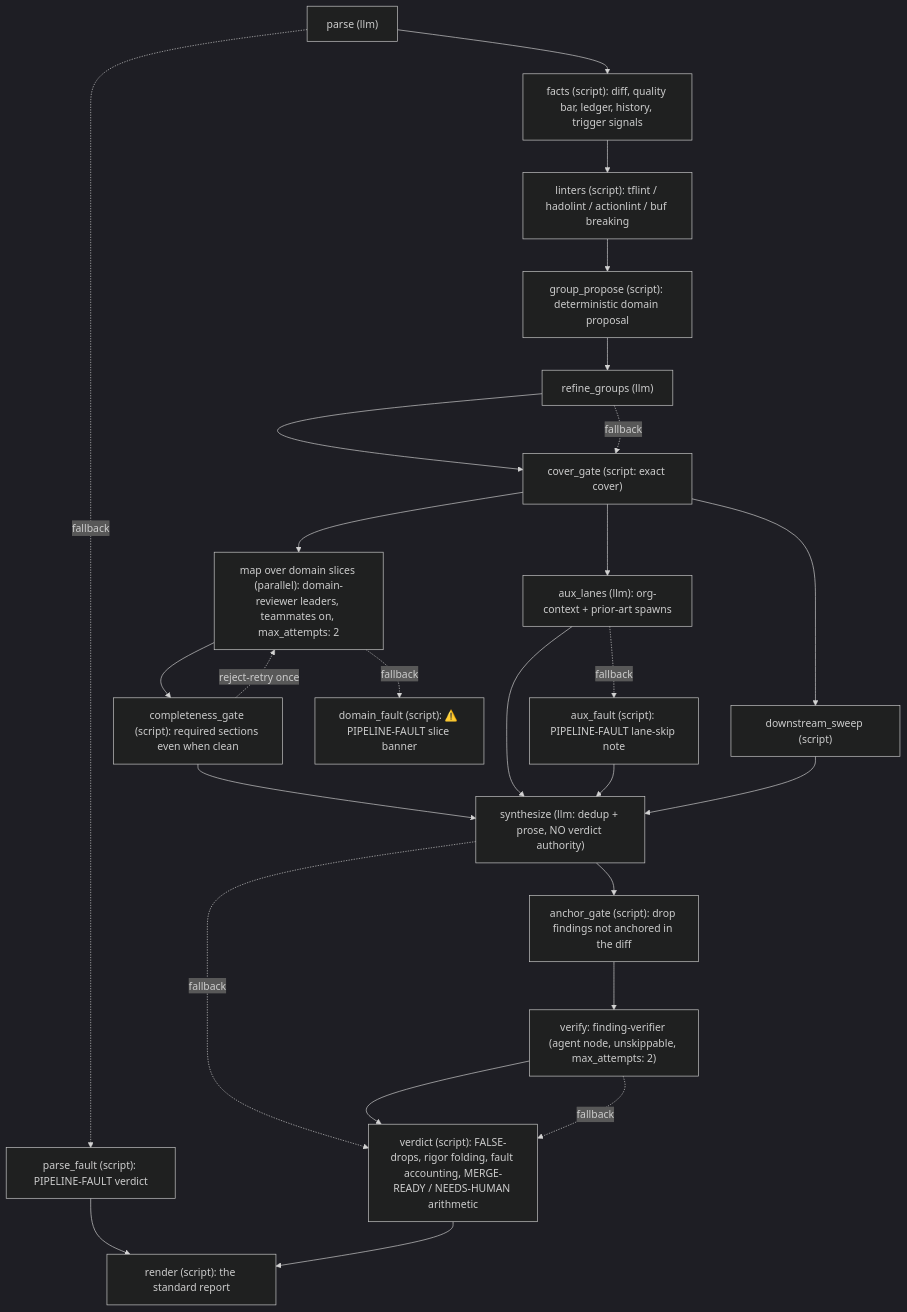
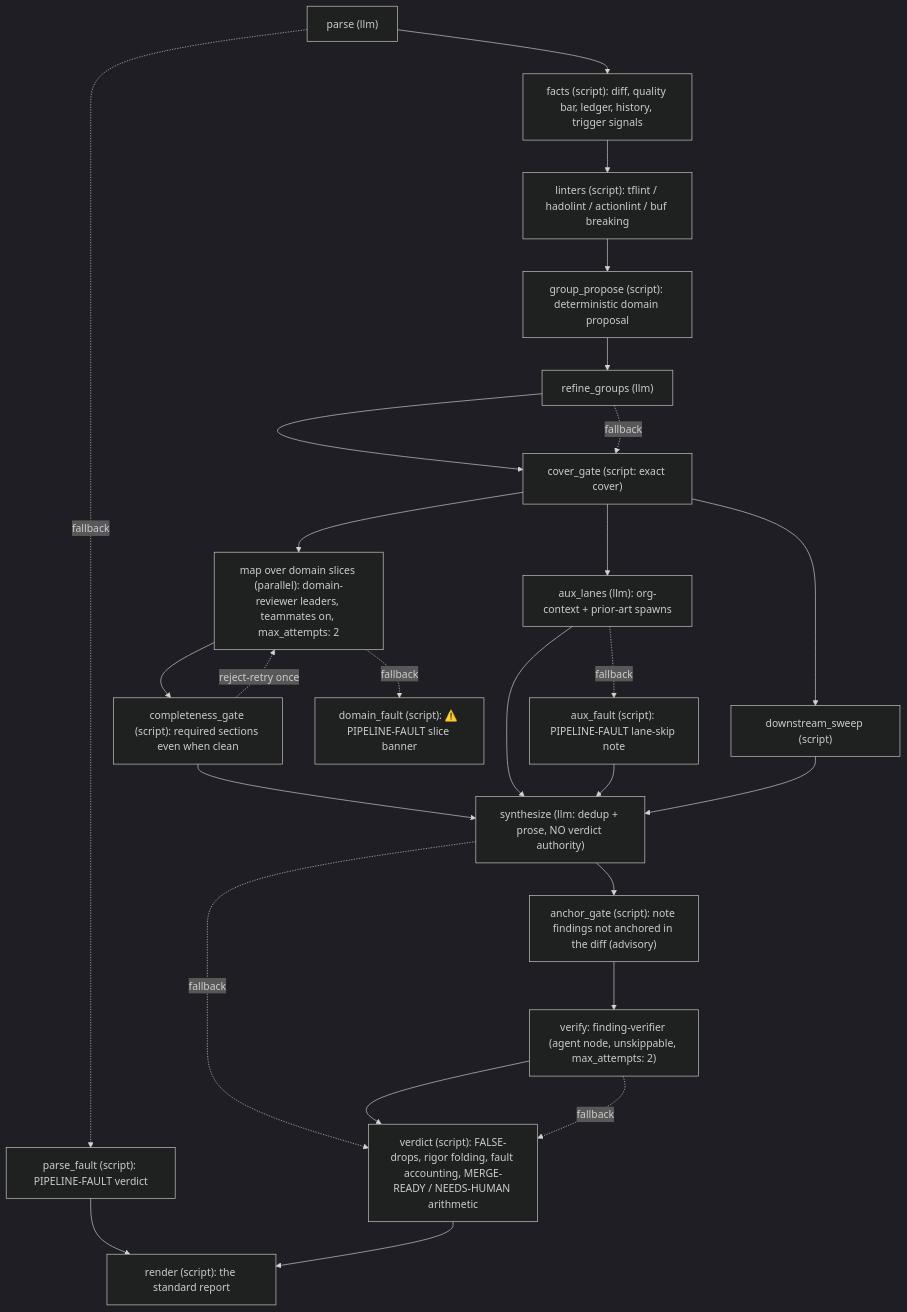
Before and after one commit to Dark-Alex-17/coyote: the diagram in assets/agents/code-reviewer/README.md, drawn with Mermaid (dark theme). The commit also changed other lines of this file and 9 other files, not shown here.

First line of the commit message:
review lanes: advisory anchoring, unverified findings keep blocking, stated severities, whole adversary complaints

````diff
--- a/assets/agents/code-reviewer/README.md
+++ b/assets/agents/code-reviewer/README.md
@@ -14,28 +14,28 @@
 ```mermaid
 flowchart TD
     A["parse (llm)"] --> B["facts (script): diff, quality bar, ledger, history, trigger signals"]
     A -. "fallback" .-> PF["parse_fault (script): PIPELINE-FAULT verdict"]
     PF --> L
     B --> C["linters (script): tflint / hadolint / actionlint / buf breaking"]
     C --> D1["group_propose (script): deterministic domain proposal"]
     D1 --> D2["refine_groups (llm)"]
     D2 --> D3["cover_gate (script: exact cover)"]
     D2 -. "fallback" .-> D3
     D3 --> E["map over domain slices (parallel): domain-reviewer leaders, teammates on, max_attempts: 2"]
     D3 --> F["aux_lanes (llm): org-context + prior-art spawns"]
     D3 --> G["downstream_sweep (script)"]
     E --> H["completeness_gate (script): required sections even when clean"]
     E -. "fallback" .-> DF["domain_fault (script): ⚠️ PIPELINE-FAULT slice banner"]
     H -. "reject-retry once" .-> E
     H --> I["synthesize (llm: dedup + prose, NO verdict authority)"]
     F --> I
     F -. "fallback" .-> AF["aux_fault (script): PIPELINE-FAULT lane-skip note"]
     AF --> I
     G --> I
-    I --> AG["anchor_gate (script): drop findings not anchored in the diff"]
+    I --> AG["anchor_gate (script): note findings not anchored in the diff (advisory)"]
     AG --> J["verify: finding-verifier (agent node, unskippable, max_attempts: 2)"]
     I -. "fallback" .-> K
     J --> K["verdict (script): FALSE-drops, rigor folding, fault accounting, MERGE-READY / NEEDS-HUMAN arithmetic"]
     J -. "fallback" .-> K
     K --> L["render (script): the standard report"]
 ```
````
